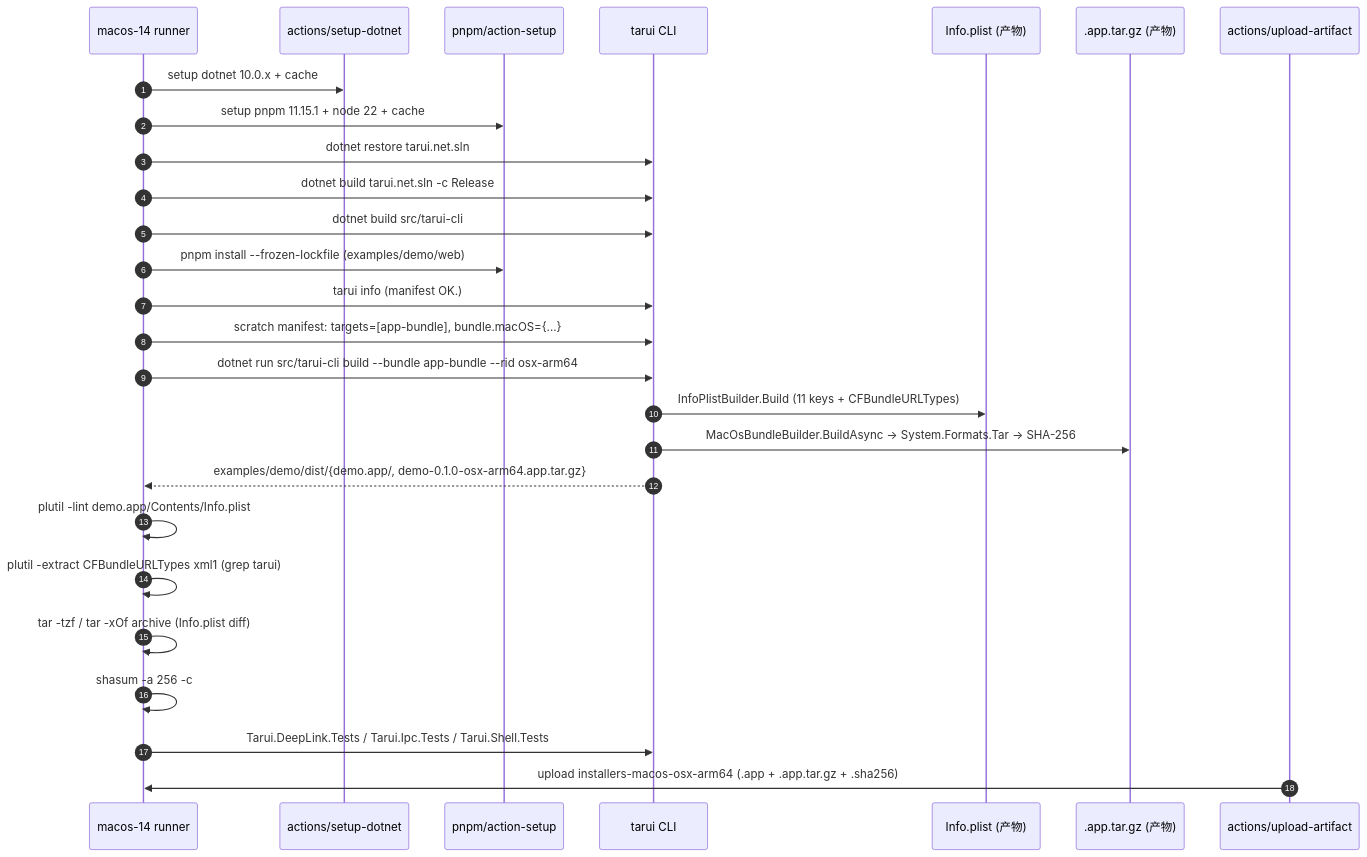
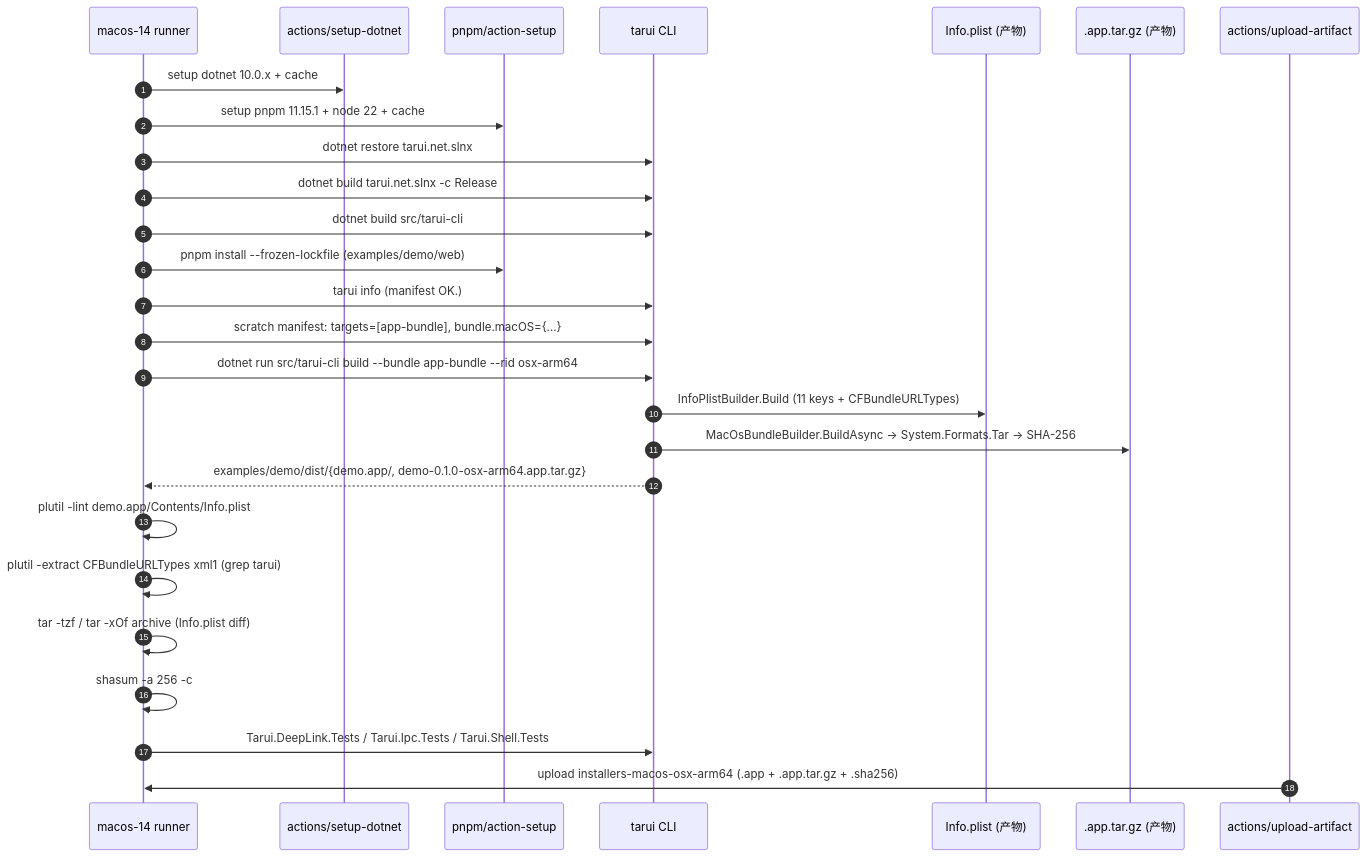
Before and after one commit to lytree/avalonia-cef-bridge: the diagram in docs/adr/0002-macos-real-build-pipeline.md, drawn with Mermaid. The commit also changed 11 other files, not shown here.

````diff
--- a/docs/adr/0002-macos-real-build-pipeline.md
+++ b/docs/adr/0002-macos-real-build-pipeline.md
@@ -120,31 +120,31 @@
 ```mermaid
 sequenceDiagram
     autonumber
     participant Runner as macos-14 runner
     participant Dotnet as actions/setup-dotnet
     participant Pnpm as pnpm/action-setup
     participant Cli as tarui CLI
     participant Plist as Info.plist (产物)
     participant Tar as .app.tar.gz (产物)
     participant Uploader as actions/upload-artifact
 
     Runner->>Dotnet: setup dotnet 10.0.x + cache
     Runner->>Pnpm: setup pnpm 11.15.1 + node 22 + cache
-    Runner->>Cli: dotnet restore tarui.net.sln
-    Runner->>Cli: dotnet build tarui.net.sln -c Release
+    Runner->>Cli: dotnet restore tarui.net.slnx
+    Runner->>Cli: dotnet build tarui.net.slnx -c Release
     Runner->>Cli: dotnet build src/tarui-cli
     Runner->>Pnpm: pnpm install --frozen-lockfile (examples/demo/web)
     Runner->>Cli: tarui info (manifest OK.)
     Runner->>Cli: scratch manifest: targets=[app-bundle], bundle.macOS={...}
     Runner->>Cli: dotnet run src/tarui-cli build --bundle app-bundle --rid osx-arm64
     Cli->>Plist: InfoPlistBuilder.Build (11 keys + CFBundleURLTypes)
     Cli->>Tar: MacOsBundleBuilder.BuildAsync -> System.Formats.Tar -> SHA-256
     Cli-->>Runner: examples/demo/dist/{demo.app/, demo-0.1.0-osx-arm64.app.tar.gz}
 
     Runner->>Runner: plutil -lint demo.app/Contents/Info.plist
     Runner->>Runner: plutil -extract CFBundleURLTypes xml1 (grep tarui)
     Runner->>Runner: tar -tzf / tar -xOf archive (Info.plist diff)
     Runner->>Runner: shasum -a 256 -c
     Runner->>Cli: Tarui.DeepLink.Tests / Tarui.Ipc.Tests / Tarui.Shell.Tests
     Uploader->>Runner: upload installers-macos-osx-arm64 (.app + .app.tar.gz + .sha256)
 ```
````
